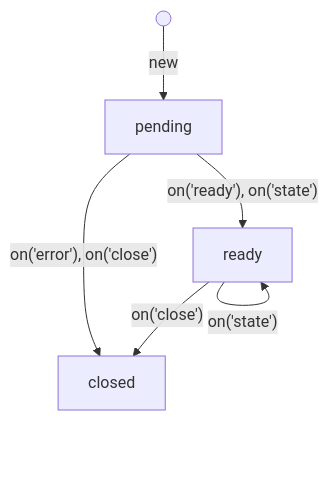
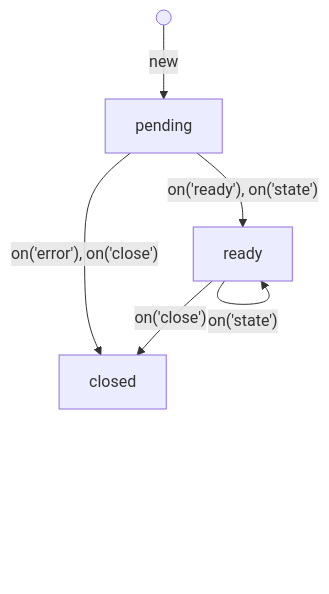
The first of 2 diagrams in README.md (flinbein/stateful-rpc), drawn with Mermaid before and after one commit. The commit also changed other lines of this file and 17 other files, not shown here.

````diff
--- a/README.md
+++ b/README.md
@@ -142,8 +147,8 @@
 ```mermaid
 flowchart TD
   initialize(( )) -- new --> pending
-  pending -- on('error'), on('close') --> closed
-  pending -- on('ready'), on('state') --> ready
-  ready -- on('close') --> closed
-  ready -- on('state') --> ready
+  pending --> |"on('error'), on('close')"| closed
+  pending --> |"on('ready'), on('state')"| ready
+  ready --->|"on('state')"| ready
+  ready -->|"on('close')"| closed
 ```
````
